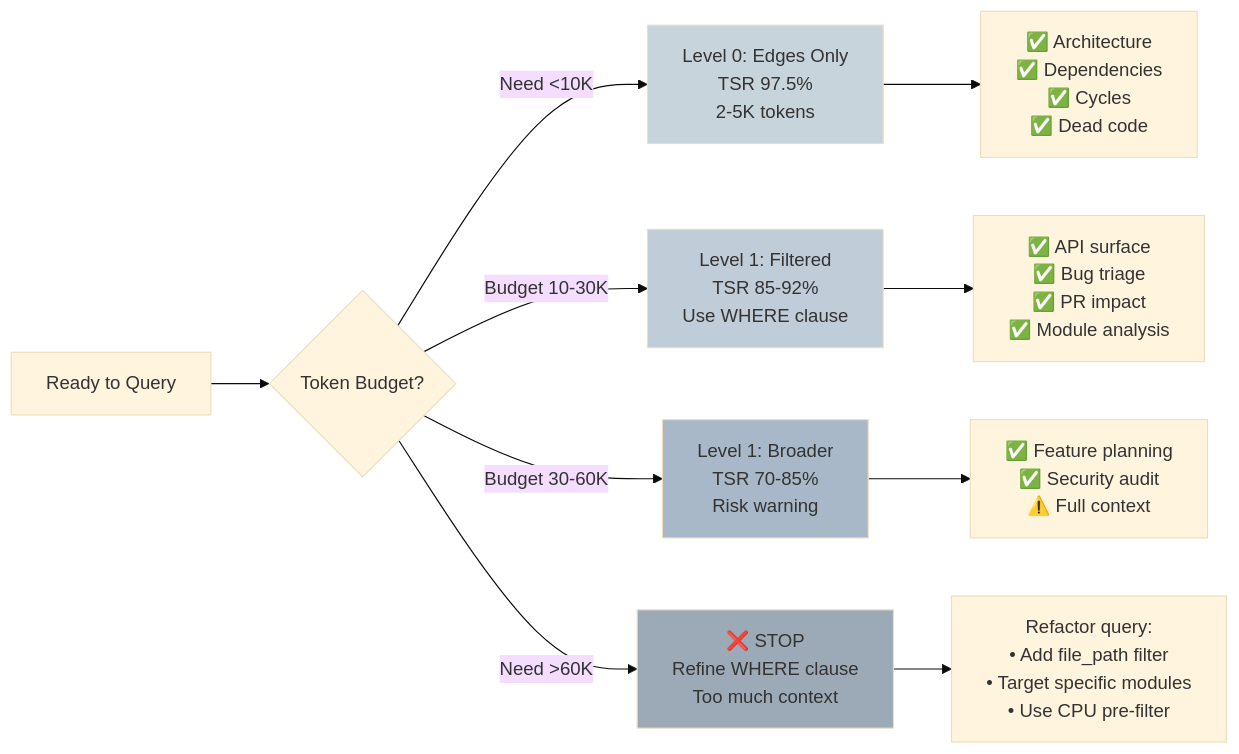
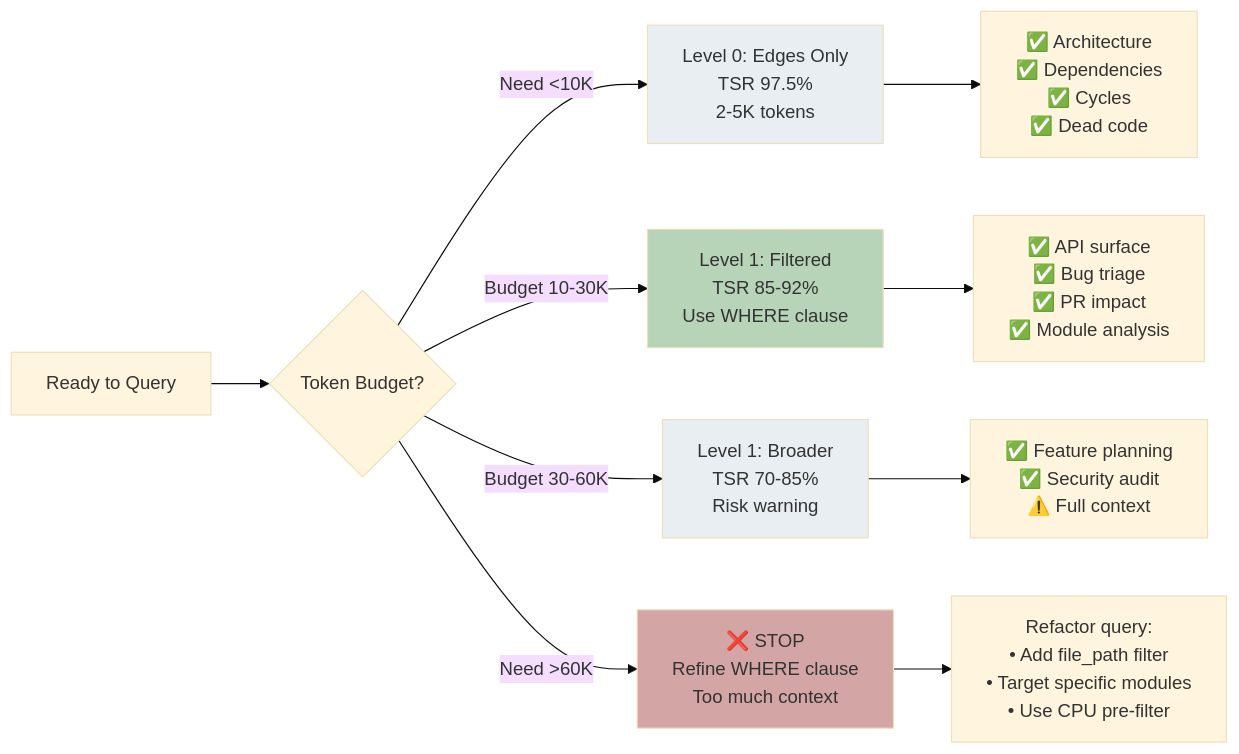
Before and after one commit to that-in-rust/parseltongue: the second of 8 diagrams in .claude/parseltongue-ultrathink.md, drawn with Mermaid (base theme). The commit also changed other lines of this file, not shown here.

````diff
--- a/.claude/parseltongue-ultrathink.md
+++ b/.claude/parseltongue-ultrathink.md
@@ -123,19 +123,19 @@
   ```mermaid
   flowchart LR
       START[Ready to Query] --> Q1{Token Budget?}
 
       Q1 -->|Need <10K| L0[Level 0: Edges Only<br/>TSR 97.5%<br/>2-5K tokens]
       Q1 -->|Budget 10-30K| L1[Level 1: Filtered<br/>TSR 85-92%<br/>Use WHERE clause]
       Q1 -->|Budget 30-60K| L2[Level 1: Broader<br/>TSR 70-85%<br/>Risk warning]
       Q1 -->|Need >60K| STOP[❌ STOP<br/>Refine WHERE clause<br/>Too much context]
 
       L0 --> USE1[✅ Architecture<br/>✅ Dependencies<br/>✅ Cycles<br/>✅ Dead code]
       L1 --> USE2[✅ API surface<br/>✅ Bug triage<br/>✅ PR impact<br/>✅ Module analysis]
       L2 --> USE3[✅ Feature planning<br/>✅ Security audit<br/>⚠️ Full context]
       STOP --> FIX[Refactor query:<br/>• Add file_path filter<br/>• Target specific modules<br/>• Use CPU pre-filter]
 
-      style L0 fill:#C8D4DC
-      style L1 fill:#C0CCD8
-      style L2 fill:#A8B8C8
-      style STOP fill:#9CAAB8
+      style L0 fill:#E8EEF2
+      style L1 fill:#B8D4B8
+      style L2 fill:#E8EEF2
+      style STOP fill:#D4A5A5
   ```
````
